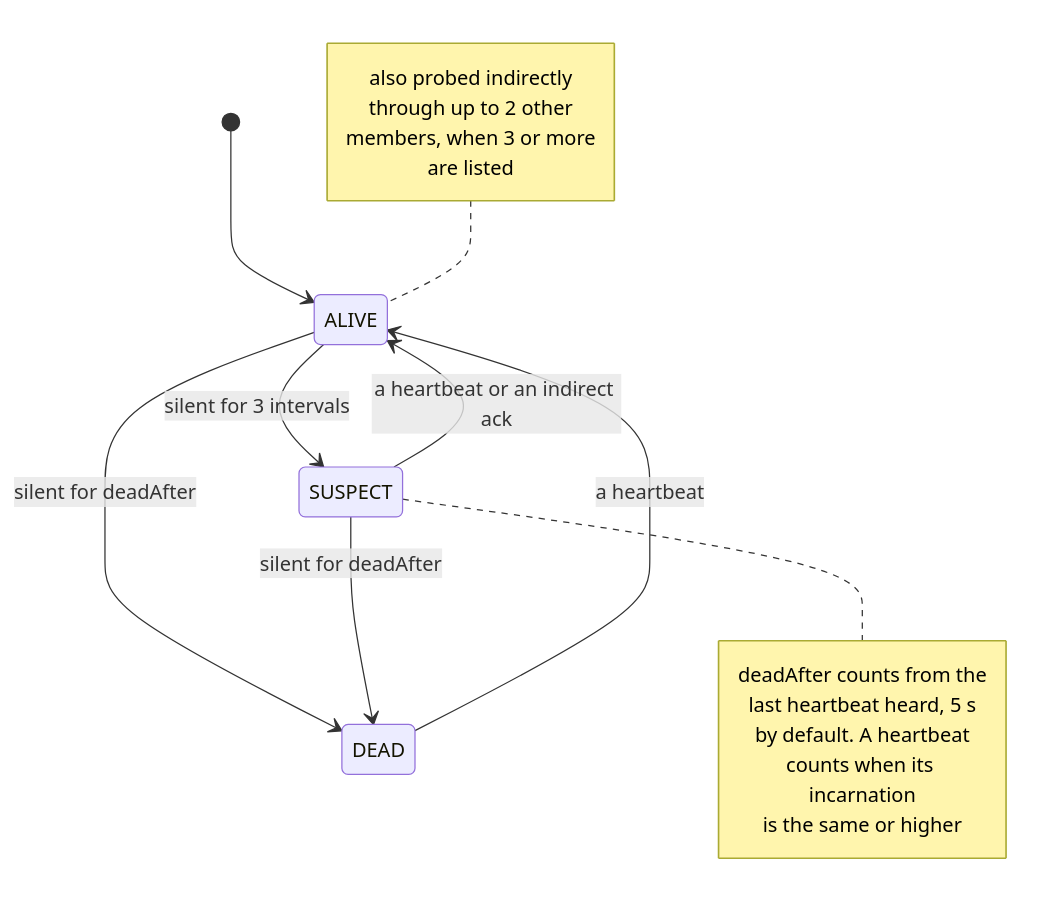
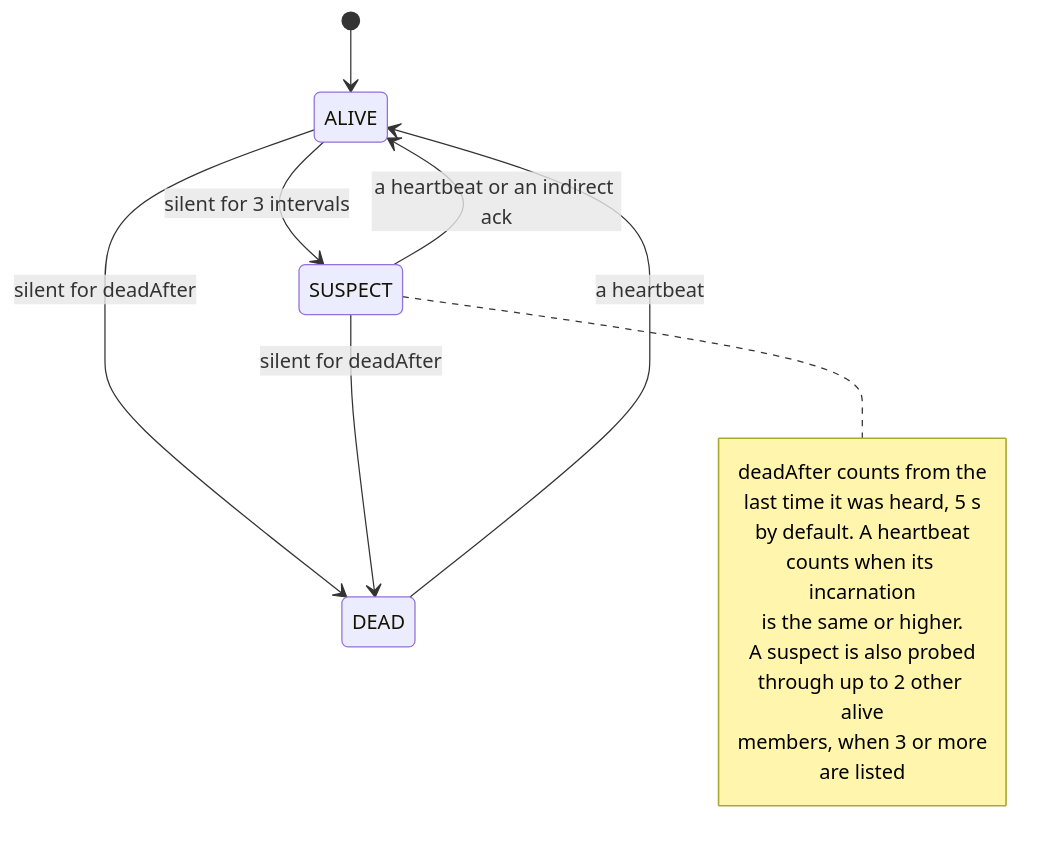
The fourth of 6 diagrams in docs/ha/design.md (BlivionIaG/sjws_nettask), drawn with Mermaid before and after one commit. The commit also changed other lines of this file and 19 other files, not shown here.

First line of the commit message:
docs: fix the diagrams the fact-check found imprecise

````diff
--- a/docs/ha/design.md
+++ b/docs/ha/design.md
@@ -230,22 +233,20 @@
   ```mermaid
   stateDiagram-v2
       [*] --> ALIVE
       ALIVE --> SUSPECT: silent for 3 intervals
       ALIVE --> DEAD: silent for deadAfter
       SUSPECT --> DEAD: silent for deadAfter
       SUSPECT --> ALIVE: a heartbeat or an indirect ack
       DEAD --> ALIVE: a heartbeat
       note right of SUSPECT
           deadAfter counts from the
-          last heartbeat heard, 5 s
+          last time it was heard, 5 s
           by default. A heartbeat
           counts when its incarnation
-          is the same or higher
-      end note
-      note left of ALIVE
-          also probed indirectly
-          through up to 2 other
+          is the same or higher.
+          A suspect is also probed
+          through up to 2 other alive
           members, when 3 or more
           are listed
       end note
   ```
````
